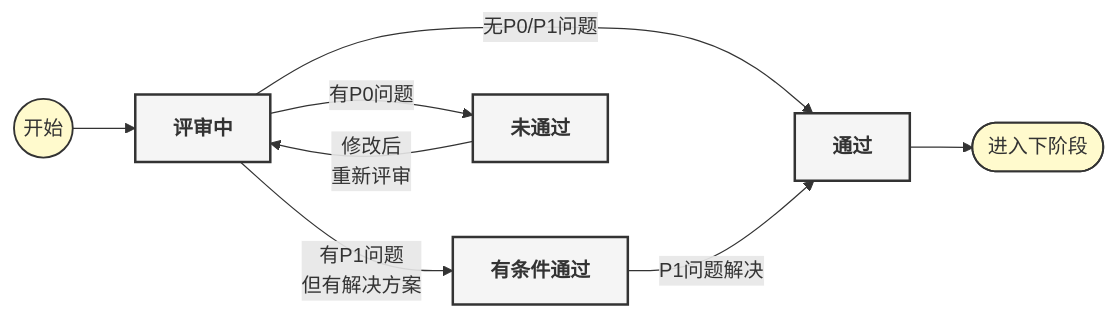
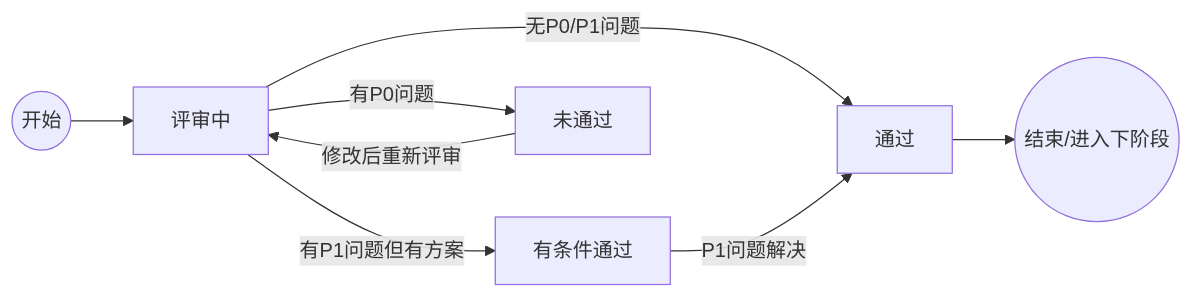
The eighth of 11 diagrams in 开发流程图.md (Taskon-xyz/PR), drawn with Mermaid before and after one commit. The commit also changed other lines of this file and 2 other files, not shown here.

````diff
--- a/开发流程图.md
+++ b/开发流程图.md
@@ -210,16 +137,10 @@
 ```mermaid
 graph LR
-    classDef stateNode fill:#f5f5f5,stroke:#333,stroke-width:2px,color:#333,font-weight:bold
-    classDef milestone fill:#fffacd,stroke:#333,stroke-width:1.5px
-    
     Start((开始)) --> A[评审中]
     A -->|无P0/P1问题| B[通过]
-    A -->|有P1问题<br>但有解决方案| C[有条件通过]
+    A -->|有P1问题但有方案| C[有条件通过]
     A -->|有P0问题| D[未通过]
     C -->|P1问题解决| B
-    D -->|修改后<br>重新评审| A
-    B --> End([进入下阶段])
-    
-    class A,B,C,D stateNode
-    class Start,End milestone
+    D -->|修改后重新评审| A
+    B --> End((结束/进入下阶段))
 ```
````
